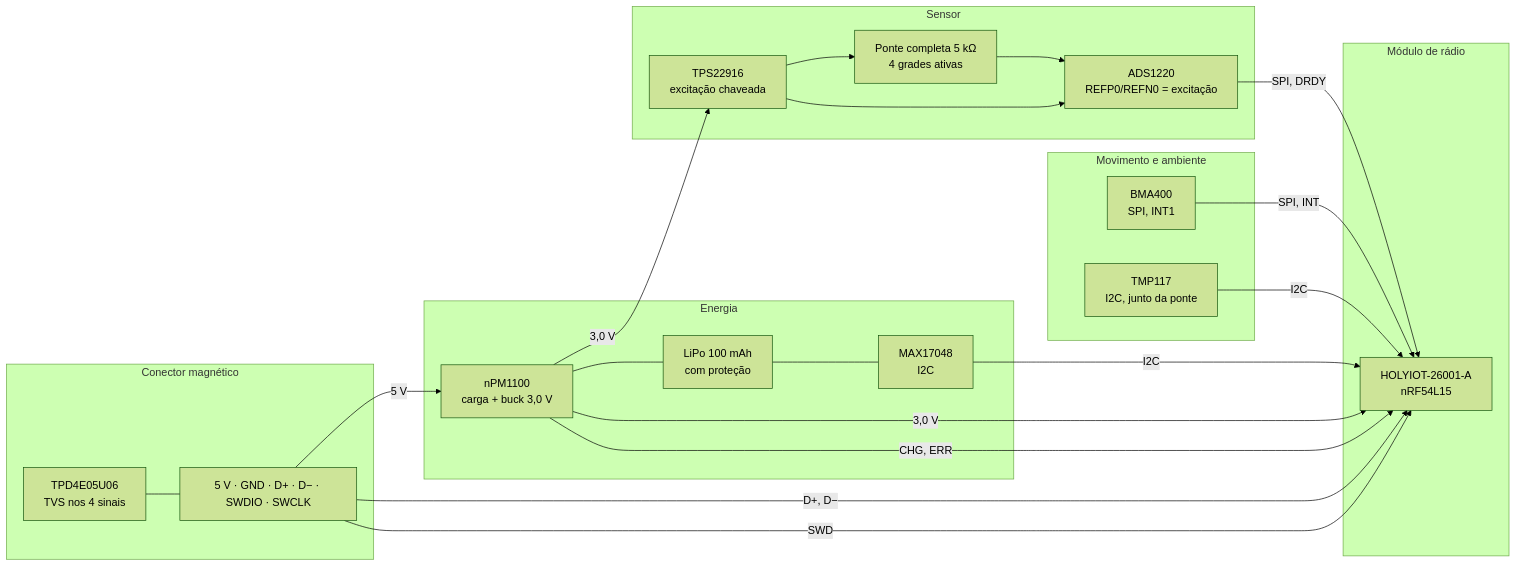
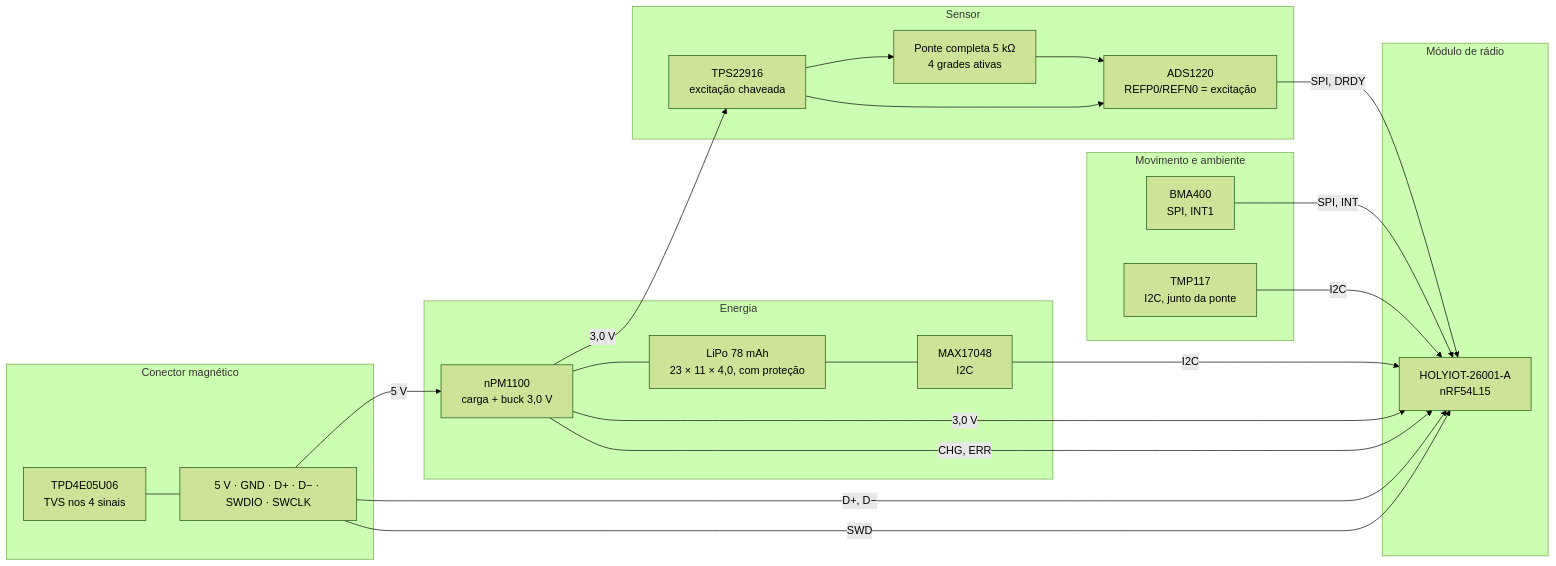
The diagram in docs/02-hardware.md (Guiimartinho/bike-powermeter), drawn with Mermaid (forest theme) before and after one commit. The commit also changed other lines of this file and 25 other files, not shown here.

````diff
--- a/docs/02-hardware.md
+++ b/docs/02-hardware.md
@@ -26,39 +26,39 @@
 ```mermaid
 flowchart LR
     subgraph SENSOR["Sensor"]
         B["Ponte completa 5 kΩ<br/>4 grades ativas"]
         SW["TPS22916<br/>excitação chaveada"]
         A["ADS1220<br/>REFP0/REFN0 = excitação"]
         SW --> B --> A
         SW --> A
     end
     subgraph MOV["Movimento e ambiente"]
         I["BMA400<br/>SPI, INT1"]
         T["TMP117<br/>I2C, junto da ponte"]
     end
     subgraph MCU["Módulo de rádio"]
         M["HOLYIOT-26001-A<br/>nRF54L15"]
     end
     subgraph EN["Energia"]
         P["nPM1100<br/>carga + buck 3,0 V"]
-        BAT["LiPo 100 mAh<br/>com proteção"]
+        BAT["LiPo 78 mAh<br/>23 × 11 × 4,0, com proteção"]
         F["MAX17048<br/>I2C"]
         P --- BAT
         BAT --- F
     end
     subgraph CON["Conector magnético"]
         C["5 V · GND · D+ · D− · SWDIO · SWCLK"]
         E["TPD4E05U06<br/>TVS nos 4 sinais"]
     end
     A -- "SPI, DRDY" --> M
     I -- "SPI, INT" --> M
     T -- "I2C" --> M
     F -- "I2C" --> M
     P -- "3,0 V" --> M
     P -- "3,0 V" --> SW
     P -- "CHG, ERR" --> M
     C -- "5 V" --> P
     C -- "D+, D−" --> M
     C -- "SWD" --> M
     E --- C
 ```
````
